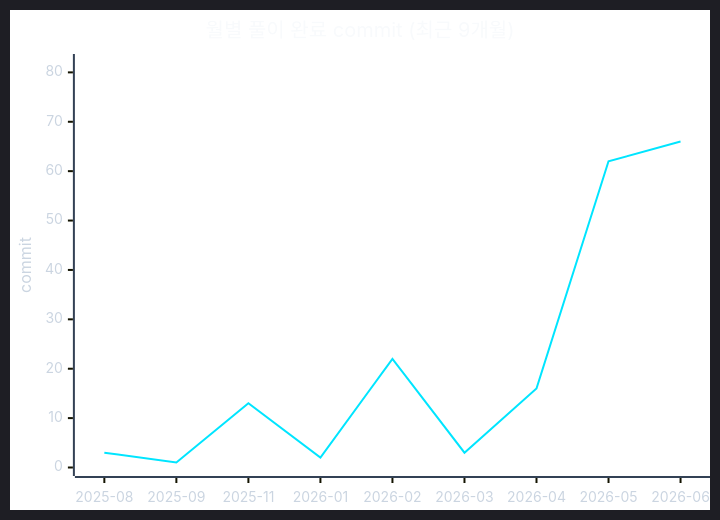
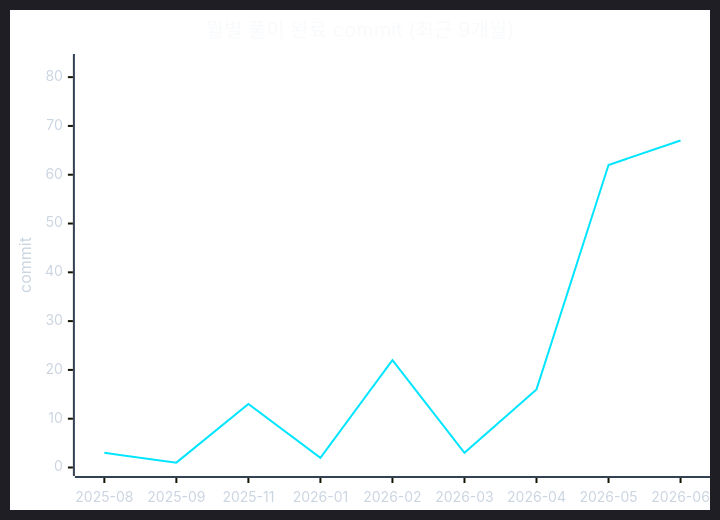
One commit to CHOOSLA/Algorithm changed the second of 2 diagrams in readme.md. Above: the diagram before and after it, drawn with Mermaid. The commit also changed other lines of this file and 2 other files, not shown here.

````diff
--- a/readme.md
+++ b/readme.md
@@ -71,22 +71,22 @@
 ```mermaid
 ---
 config:
   theme: dark
   themeVariables:
     background: '#0d1117'
     xyChart:
       titleColor: '#f8fafc'
       xAxisLabelColor: '#cbd5e1'
       xAxisTitleColor: '#cbd5e1'
       xAxisLineColor: '#334155'
       yAxisLabelColor: '#cbd5e1'
       yAxisTitleColor: '#cbd5e1'
       yAxisLineColor: '#334155'
       plotColorPalette: '#00e5ff'
 ---
 xychart-beta
   title "월별 풀이 완료 commit (최근 9개월)"
   x-axis ["2025-08", "2025-09", "2025-11", "2026-01", "2026-02", "2026-03", "2026-04", "2026-05", "2026-06"]
-  y-axis "commit" 0 --> 82
-  line [3, 1, 13, 2, 22, 3, 16, 62, 66]
+  y-axis "commit" 0 --> 83
+  line [3, 1, 13, 2, 22, 3, 16, 62, 67]
 ```
````
